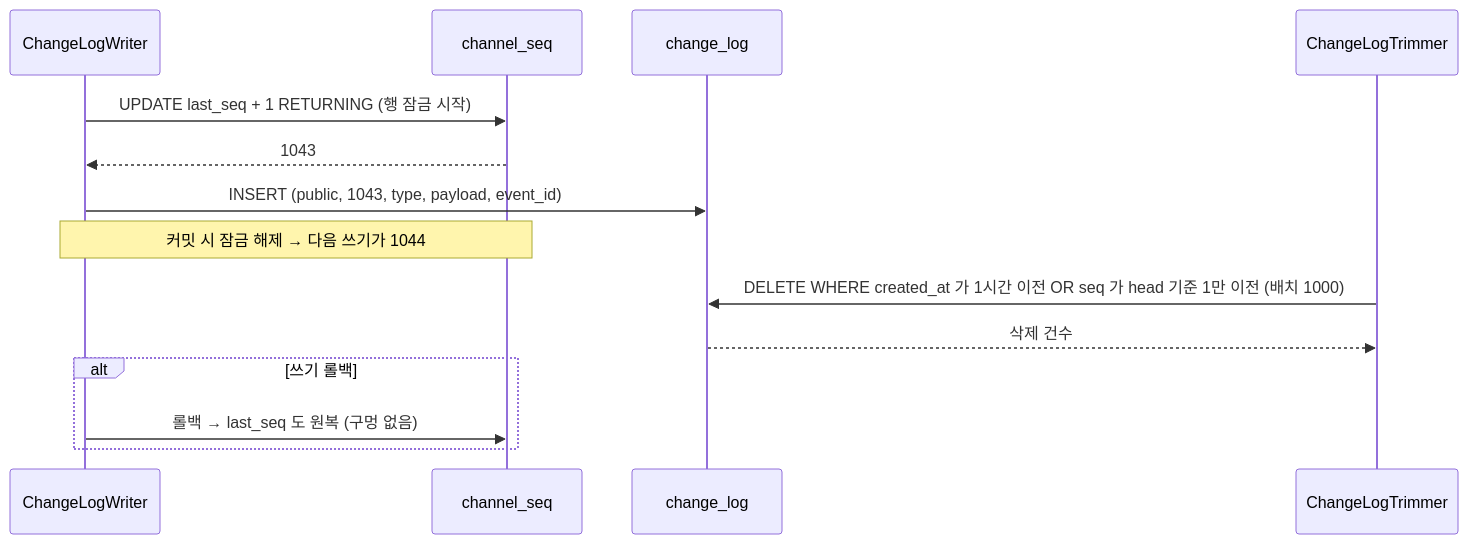
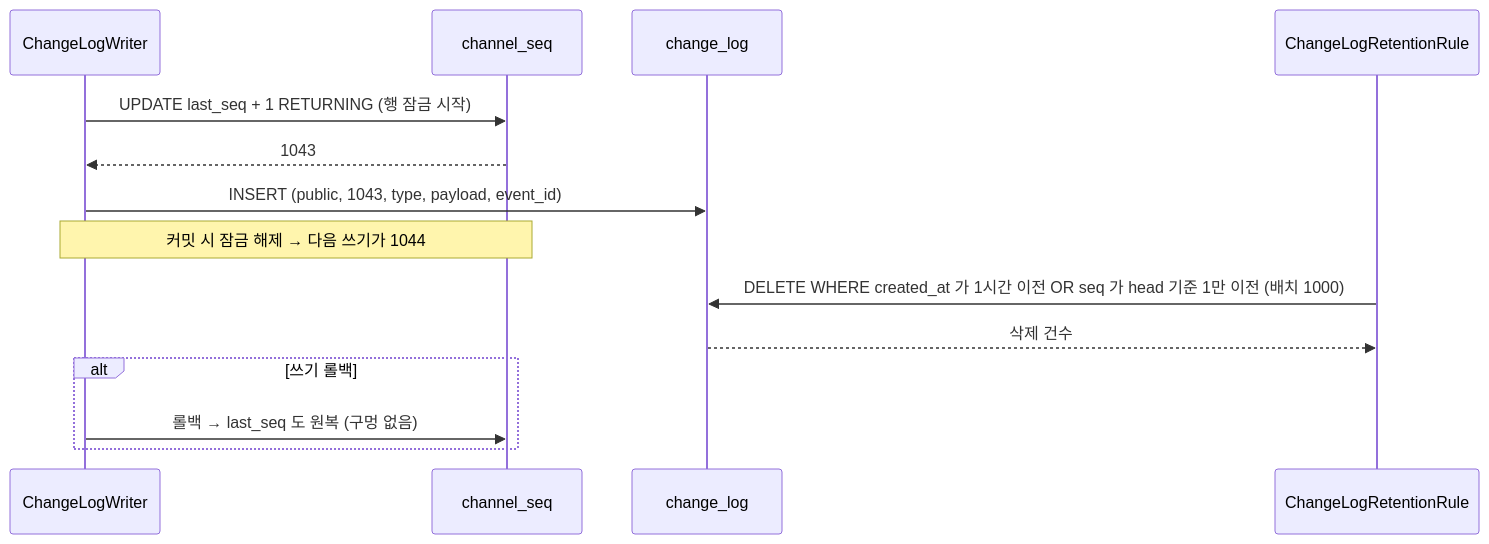
The tenth of 53 diagrams in docs/design/features/14-realtime.md (1985jwlee/portpolio_backend), drawn with Mermaid before and after one commit. The commit also changed other lines of this file and 33 other files, not shown here.

````diff
--- a/docs/design/features/14-realtime.md
+++ b/docs/design/features/14-realtime.md
@@ -662,16 +662,16 @@
 ```mermaid
 sequenceDiagram
     participant W as ChangeLogWriter
     participant S as channel_seq
     participant L as change_log
-    participant T as ChangeLogTrimmer
+    participant T as ChangeLogRetentionRule
     W->>S: UPDATE last_seq + 1 RETURNING (행 잠금 시작)
     S-->>W: 1043
     W->>L: INSERT (public, 1043, type, payload, event_id)
     Note over W,S: 커밋 시 잠금 해제 → 다음 쓰기가 1044
     T->>L: DELETE WHERE created_at 가 1시간 이전 OR seq 가 head 기준 1만 이전 (배치 1000)
     L-->>T: 삭제 건수
     alt 쓰기 롤백
         W->>S: 롤백 → last_seq 도 원복 (구멍 없음)
     end
 ```
````
